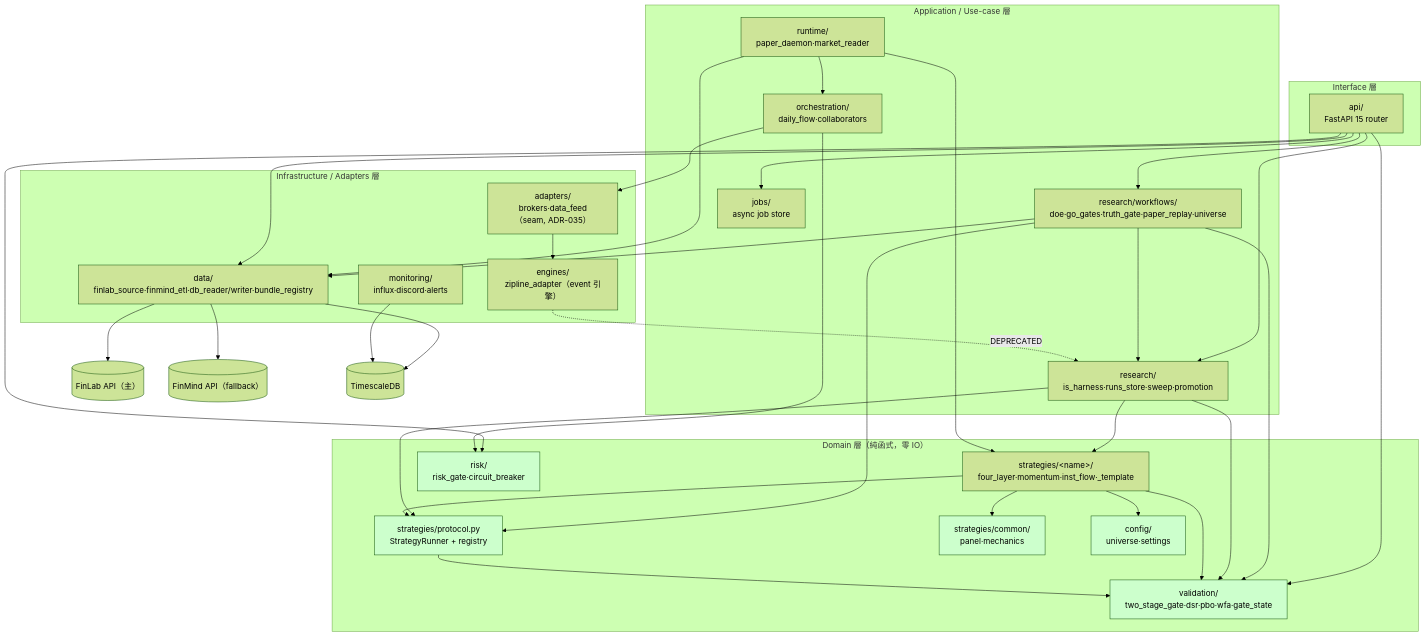
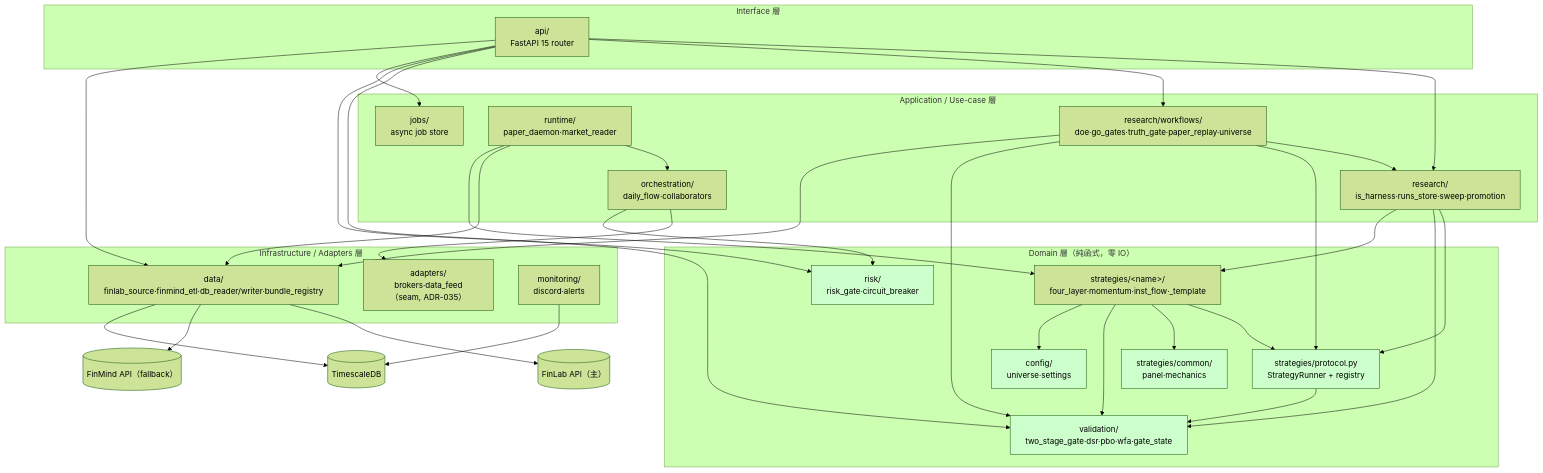
Before and after one commit to Zenobia000/Quantitative_Trading: the diagram in dev_docs/09_file_dependencies_template.md, drawn with Mermaid (forest theme). The commit also changed other lines of this file and 66 other files, not shown here.

````diff
--- a/dev_docs/09_file_dependencies_template.md
+++ b/dev_docs/09_file_dependencies_template.md
@@ -24,67 +24,64 @@
 ```mermaid
 graph TD
     subgraph Interface["Interface 層"]
         Api["api/<br/>FastAPI 15 router"]
     end
     subgraph App["Application / Use-case 層"]
         ResWf["research/workflows/<br/>doe·go_gates·truth_gate·paper_replay·universe"]
         Research["research/<br/>is_harness·runs_store·sweep·promotion"]
         Orch["orchestration/<br/>daily_flow·collaborators"]
         Runtime["runtime/<br/>paper_daemon·market_reader"]
         Jobs["jobs/<br/>async job store"]
     end
     subgraph Domain["Domain 層（純函式，零 IO）"]
         Proto["strategies/protocol.py<br/>StrategyRunner + registry"]
         StratImpl["strategies/&lt;name&gt;/<br/>four_layer·momentum·inst_flow·_template"]
         Common["strategies/common/<br/>panel·mechanics"]
         Validation["validation/<br/>two_stage_gate·dsr·pbo·wfa·gate_state"]
         Risk["risk/<br/>risk_gate·circuit_breaker"]
         Config["config/<br/>universe·settings"]
     end
     subgraph Infra["Infrastructure / Adapters 層"]
         Data["data/<br/>finlab_source·finmind_etl·db_reader/writer·bundle_registry"]
         Adapters["adapters/<br/>brokers·data_feed（seam, ADR-035）"]
-        Engines["engines/<br/>zipline_adapter（event 引擎）"]
-        Monitoring["monitoring/<br/>influx·discord·alerts"]
+        Monitoring["monitoring/<br/>discord·alerts"]
     end
 
     FinLab[("FinLab API（主）")]
     FinMind[("FinMind API（fallback）")]
     TSDB[("TimescaleDB")]
 
     Api --> Research
     Api --> ResWf
     Api --> Validation
     Api --> Risk
     Api --> Jobs
     Api --> Data
     ResWf --> Research
     ResWf --> Proto
     ResWf --> Validation
     ResWf --> Data
     Research --> Proto
     Research --> Validation
     Research --> StratImpl
     Orch --> Adapters
-    Adapters --> Engines
     Orch --> Risk
     Runtime --> Orch
     Runtime --> Data
     Runtime --> StratImpl
     StratImpl --> Proto
     StratImpl --> Common
     StratImpl --> Validation
     StratImpl --> Config
     Proto --> Validation
     Data --> FinLab
     Data --> FinMind
     Data --> TSDB
     Monitoring --> TSDB
-    Engines -.DEPRECATED.-> Research
 
     style Proto fill:#cfc
     style Validation fill:#cfc
     style Risk fill:#cfc
     style Config fill:#cfc
     style Common fill:#cfc
 ```
````
